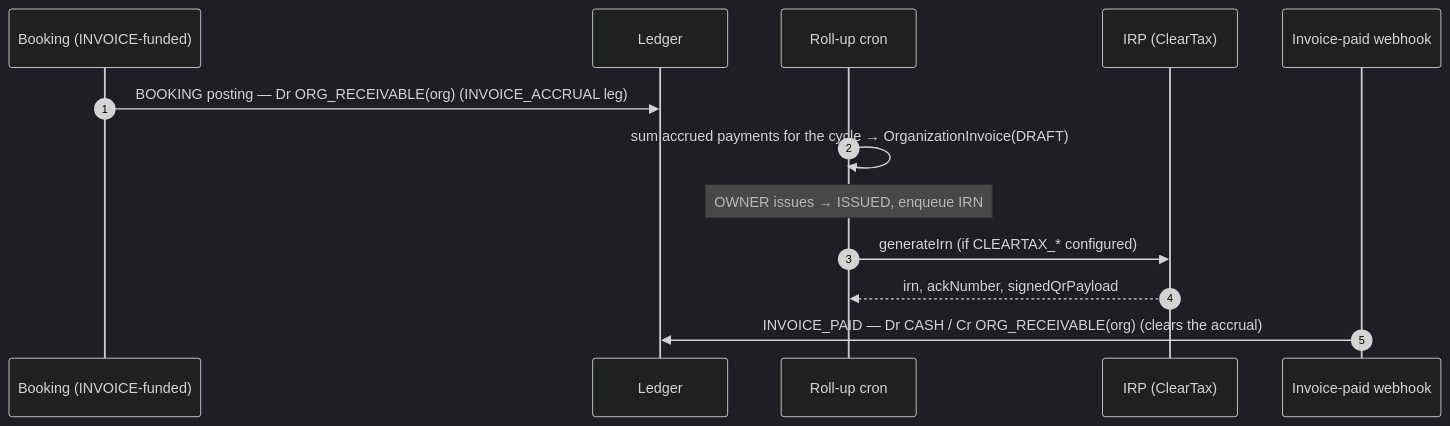
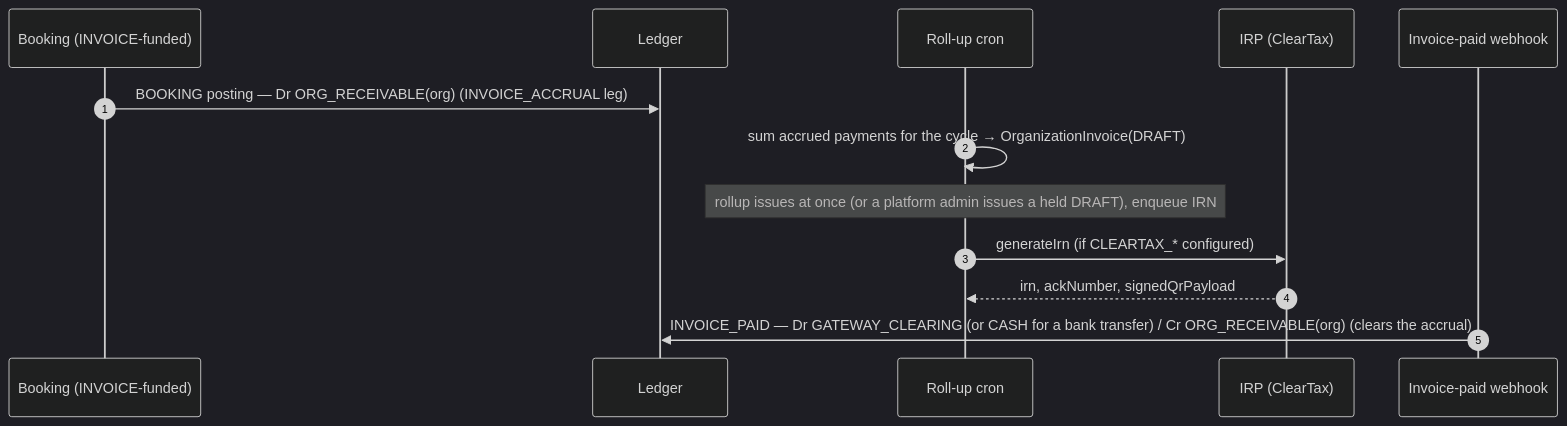
Before and after one commit to Practitionist/familiarise_web: the second of 2 diagrams in docs/enterprise/10-money-and-ledger/08-invoicing.md, drawn with Mermaid (dark theme). The commit also changed other lines of this file and 34 other files, not shown here.

````diff
--- a/docs/enterprise/10-money-and-ledger/08-invoicing.md
+++ b/docs/enterprise/10-money-and-ledger/08-invoicing.md
@@ -40,15 +42,15 @@
 ```mermaid
 sequenceDiagram
   autonumber
   participant CO as Booking (INVOICE-funded)
   participant L as Ledger
   participant CR as Roll-up cron
   participant IRP as IRP (ClearTax)
   participant WH as Invoice-paid webhook
   CO->>L: BOOKING posting — Dr ORG_RECEIVABLE(org) (INVOICE_ACCRUAL leg)
   CR->>CR: sum accrued payments for the cycle → OrganizationInvoice(DRAFT)
-  Note over CR: OWNER issues → ISSUED, enqueue IRN
+  Note over CR: rollup issues at once (or a platform admin issues a held DRAFT), enqueue IRN
   CR->>IRP: generateIrn (if CLEARTAX_* configured)
   IRP-->>CR: irn, ackNumber, signedQrPayload
-  WH->>L: INVOICE_PAID — Dr CASH / Cr ORG_RECEIVABLE(org) (clears the accrual)
+  WH->>L: INVOICE_PAID — Dr GATEWAY_CLEARING (or CASH for a bank transfer) / Cr ORG_RECEIVABLE(org) (clears the accrual)
 ```
````
